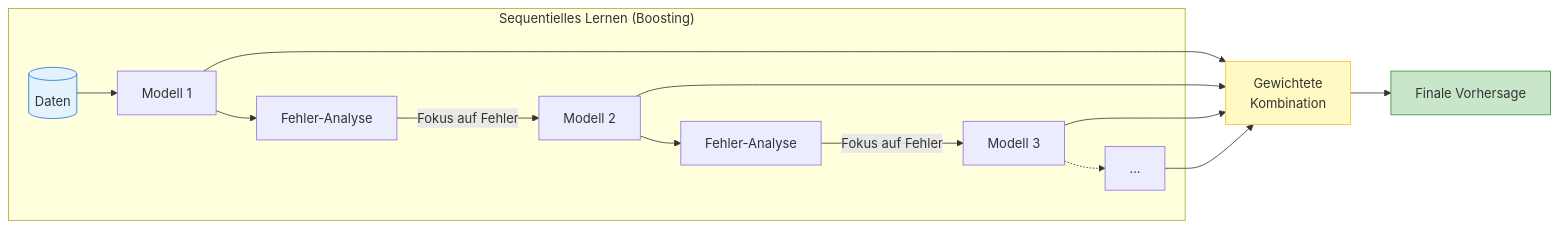
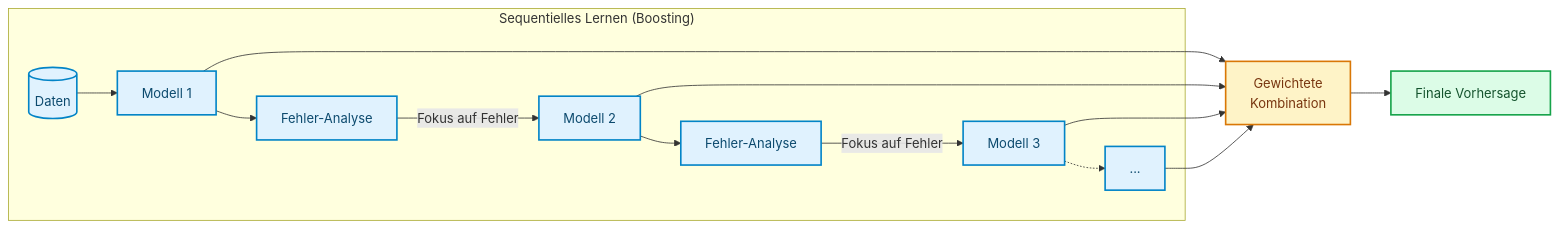
The fourth of 5 diagrams in docs/concepts/modeling/ensemble.md (ralf-42/ML_Intro), drawn with Mermaid before and after one commit. The commit also changed other lines of this file and 67 other files, not shown here.

````diff
--- a/docs/concepts/modeling/ensemble.md
+++ b/docs/concepts/modeling/ensemble.md
@@ -166,18 +168,20 @@
 ```mermaid
 flowchart LR
     subgraph Seq["Sequentielles Lernen (Boosting)"]
         D[("Daten")] --> M1["Modell 1"]
         M1 --> E1["Fehler-Analyse"]
         E1 -->|"Fokus auf Fehler"| M2["Modell 2"]
         M2 --> E2["Fehler-Analyse"]
         E2 -->|"Fokus auf Fehler"| M3["Modell 3"]
         M3 -.-> MN["..."]
     end
 
     M1 & M2 & M3 & MN --> K["Gewichtete<br/>Kombination"]
     K --> P["Finale Vorhersage"]
 
-    style D fill:#e3f2fd,stroke:#1976d2
-    style K fill:#fff9c4,stroke:#fbc02d
-    style P fill:#c8e6c9,stroke:#388e3c
+    classDef default fill:#e0f2fe,stroke:#0284c7,stroke-width:2px,color:#0c4a6e;
+    classDef metric fill:#fef3c7,stroke:#d97706,stroke-width:2px,color:#78350f;
+    classDef output fill:#dcfce7,stroke:#16a34a,stroke-width:2px,color:#14532d;
+    class K metric;
+    class P output;
 ```
````
